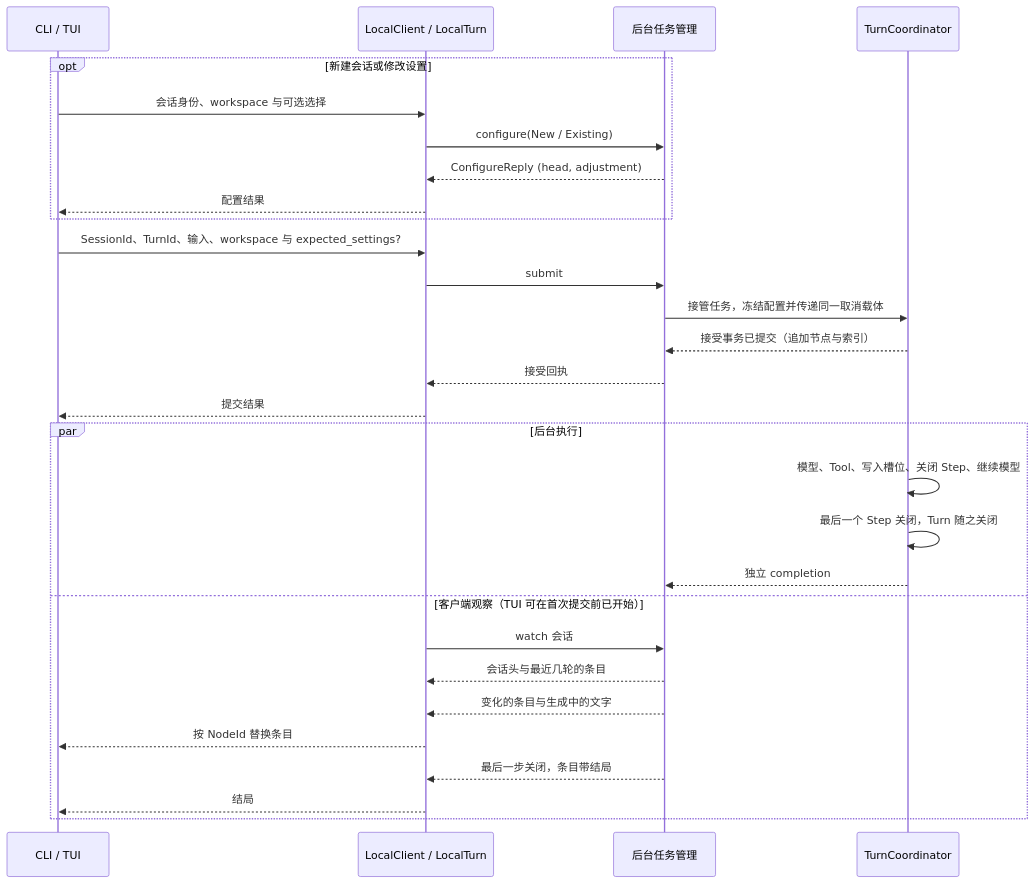
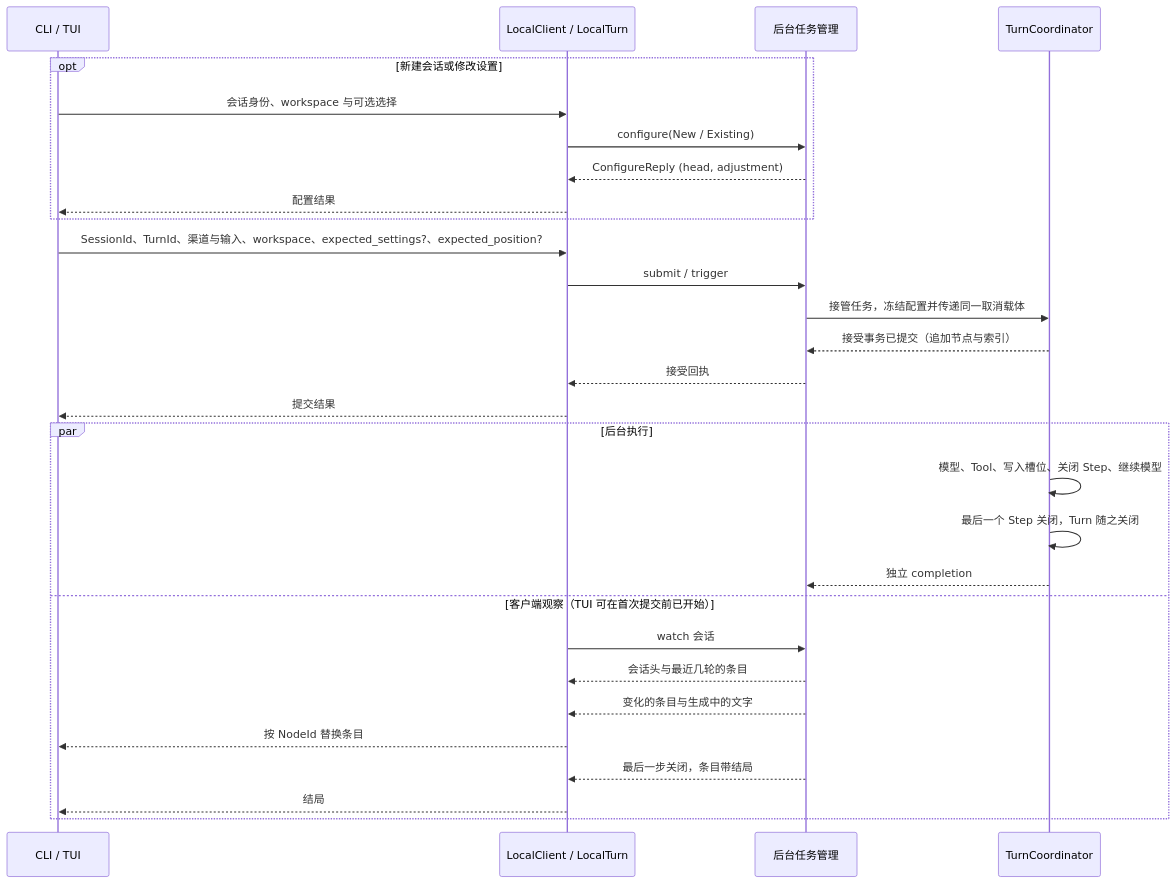
One commit to Skyline10124/lattice changed the diagram in docs/architecture/session/flow.md. Above: the diagram before and after it, drawn with Mermaid. The commit also changed other lines of this file and 109 other files, not shown here.

First line of the commit message:
feat(ipc,local,server,tui)!: 解耦跨层对话视图并接通上下文 IPC 与位置基线 (#434)

````diff
--- a/docs/architecture/session/flow.md
+++ b/docs/architecture/session/flow.md
@@ -23,31 +23,31 @@
 ```mermaid
 sequenceDiagram
     participant F as CLI / TUI
     participant L as LocalClient / LocalTurn
     participant B as 后台任务管理
     participant C as TurnCoordinator
     opt 新建会话或修改设置
         F->>L: 会话身份、workspace 与可选选择
         L->>B: configure(New / Existing)
         B-->>L: ConfigureReply (head, adjustment)
         L-->>F: 配置结果
     end
-    F->>L: SessionId、TurnId、输入、workspace 与 expected_settings?
-    L->>B: submit
+    F->>L: SessionId、TurnId、渠道与输入、workspace、expected_settings?、expected_position?
+    L->>B: submit / trigger
     B->>C: 接管任务，冻结配置并传递同一取消载体
     C-->>B: 接受事务已提交（追加节点与索引）
     B-->>L: 接受回执
     L-->>F: 提交结果
     par 后台执行
         C->>C: 模型、Tool、写入槽位、关闭 Step、继续模型
         C->>C: 最后一个 Step 关闭，Turn 随之关闭
         C-->>B: 独立 completion
     and 客户端观察（TUI 可在首次提交前已开始）
         L->>B: watch 会话
         B-->>L: 会话头与最近几轮的条目
         B-->>L: 变化的条目与生成中的文字
         L-->>F: 按 NodeId 替换条目
         B-->>L: 最后一步关闭，条目带结局
         L-->>F: 结局
     end
 ```
````
